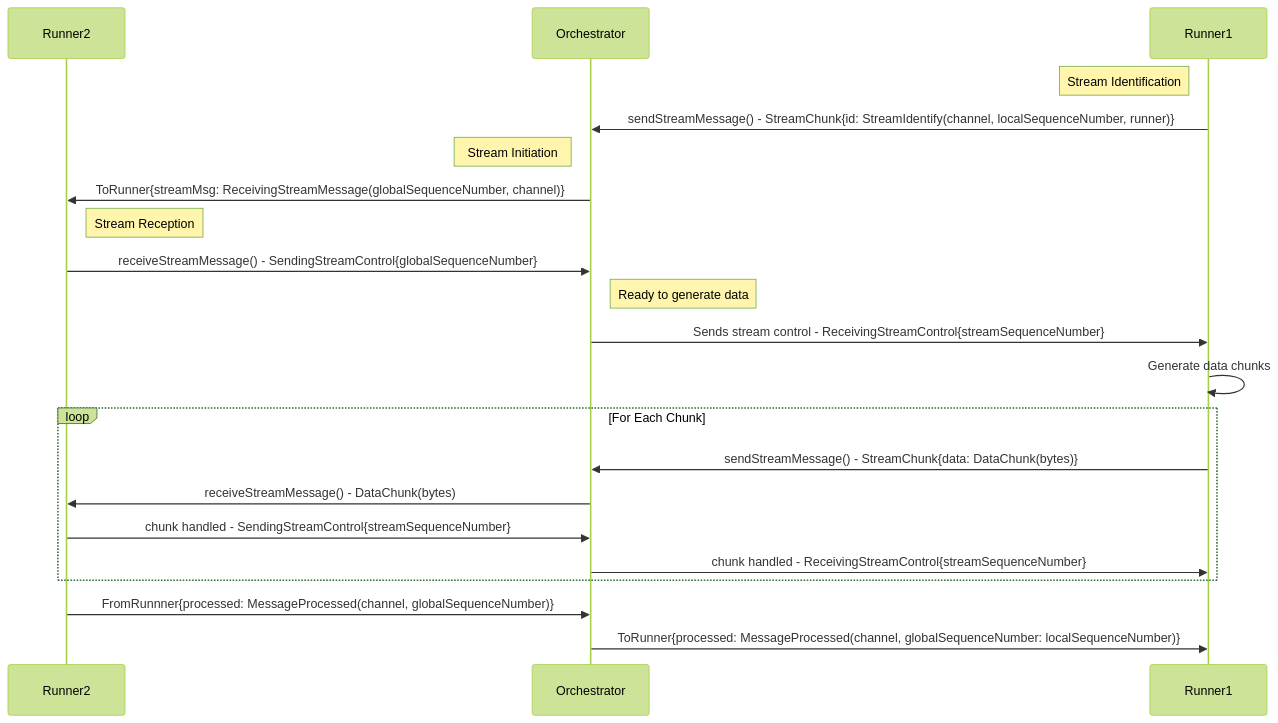
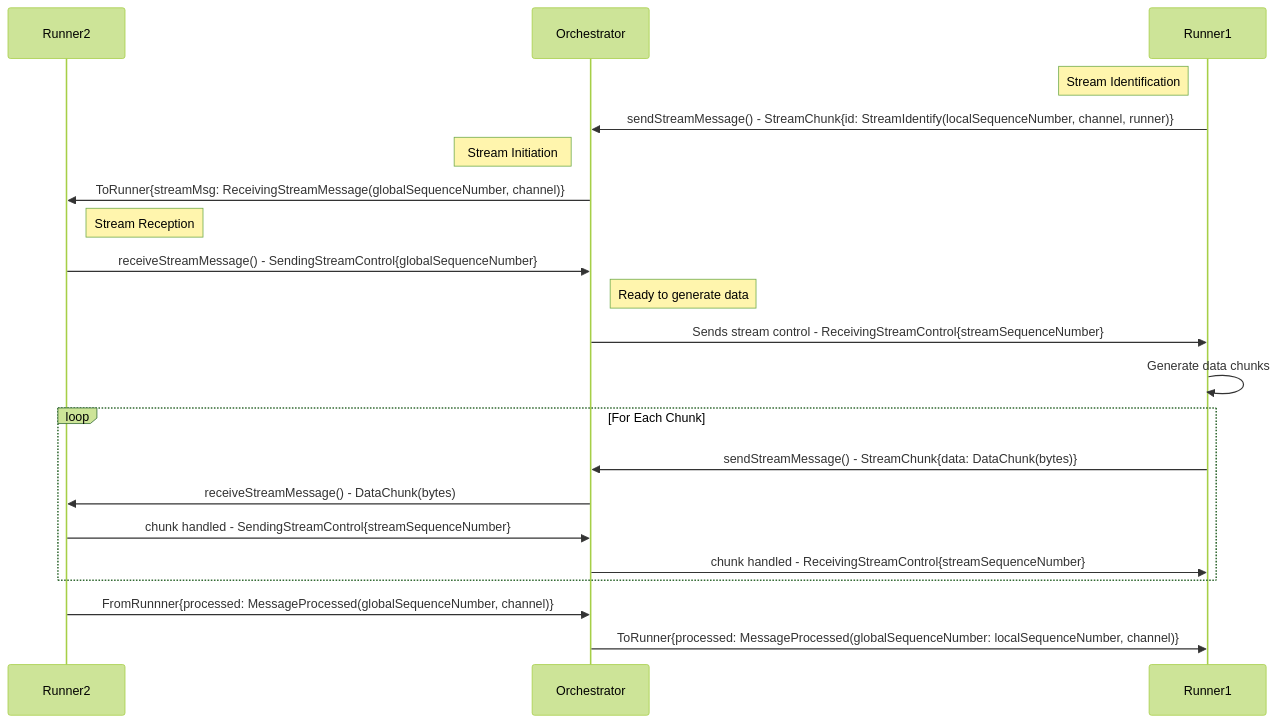
The third of 4 diagrams in README.md (rdf-connect/proto), drawn with Mermaid (forest theme) before and after one commit. The commit also changed other lines of this file and 1 other file, not shown here.

Commit message:
feat: always put sequence number first then channel + update README

````diff
--- a/README.md
+++ b/README.md
@@ -112,28 +112,28 @@
 ```mermaid
 sequenceDiagram
     participant R2 as Runner2
     participant O as Orchestrator
     participant R1 as Runner1
 
     Note left of R1: Stream Identification
-    R1->>O: sendStreamMessage() - StreamChunk{id: StreamIdentify(channel, localSequenceNumber, runner)}
+    R1->>O: sendStreamMessage() - StreamChunk{id: StreamIdentify(localSequenceNumber, channel, runner)}
 
     Note left of O: Stream Initiation
     O->>R2: ToRunner{streamMsg: ReceivingStreamMessage(globalSequenceNumber, channel)}
 
     Note right of R2: Stream Reception
     R2->>O: receiveStreamMessage() - SendingStreamControl{globalSequenceNumber}
 
     Note right of O: Ready to generate data
     O->>R1: Sends stream control - ReceivingStreamControl{streamSequenceNumber}
 
     R1->>R1: Generate data chunks
     loop For Each Chunk
         R1->>O: sendStreamMessage() - StreamChunk{data: DataChunk(bytes)}
         O->>R2: receiveStreamMessage() - DataChunk(bytes)
         R2->>O: chunk handled - SendingStreamControl{streamSequenceNumber}
         O->>R1: chunk handled - ReceivingStreamControl{streamSequenceNumber}
     end
-    R2->>O: FromRunnner{processed: MessageProcessed(channel, globalSequenceNumber)}
-    O->>R1: ToRunner{processed: MessageProcessed(channel, globalSequenceNumber: localSequenceNumber)}
+    R2->>O: FromRunnner{processed: MessageProcessed(globalSequenceNumber, channel)}
+    O->>R1: ToRunner{processed: MessageProcessed(globalSequenceNumber: localSequenceNumber, channel)}
 ```
````
